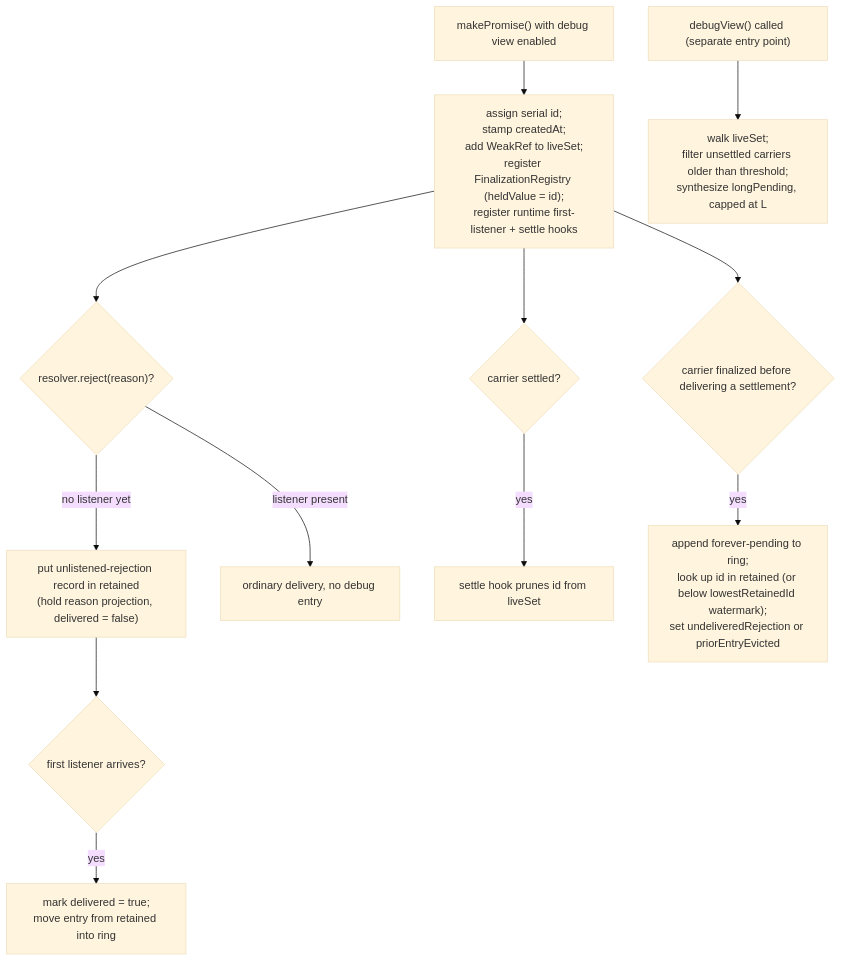
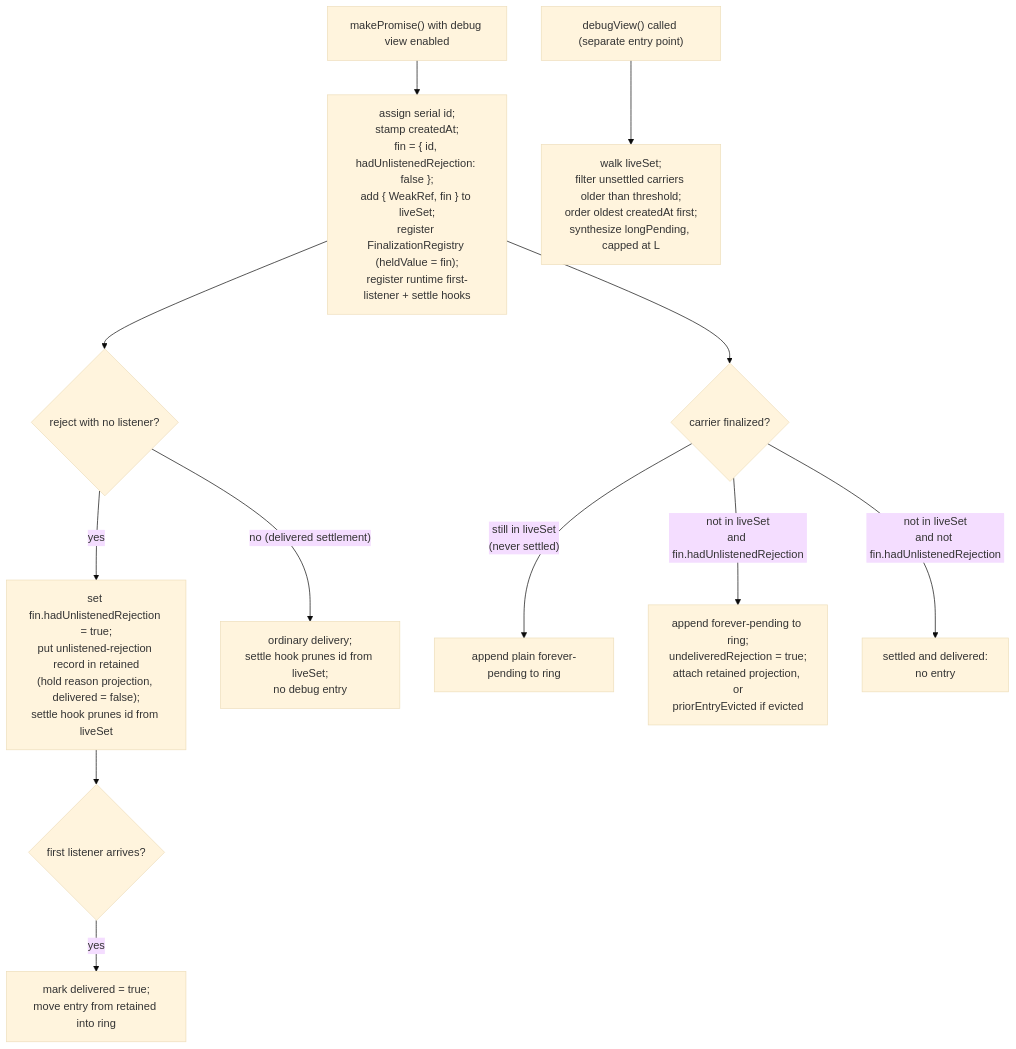
Before and after one commit to endojs/endo-but-for-bots: the diagram in designs/promise-debug-view.md, drawn with Mermaid (base theme). The commit also changed other lines of this file, not shown here.

First line of the commit message:
design(promise-debug-view): apply panel round-4 must-fix items

````diff
--- a/designs/promise-debug-view.md
+++ b/designs/promise-debug-view.md
@@ -337,15 +404,15 @@
 ```mermaid
 flowchart TD
-  MK["makePromise() with debug view enabled"] --> REG["assign serial id;<br/>stamp createdAt;<br/>add WeakRef to liveSet;<br/>register FinalizationRegistry (heldValue = id);<br/>register runtime first-listener + settle hooks"]
-  REG --> RJ{"resolver.reject(reason)?"}
-  RJ -->|"no listener yet"| UR["put unlistened-rejection record in retained<br/>(hold reason projection, delivered = false)"]
-  RJ -->|"listener present"| DONE["ordinary delivery, no debug entry"]
+  MK["makePromise() with debug view enabled"] --> REG["assign serial id;<br/>stamp createdAt;<br/>fin = { id, hadUnlistenedRejection: false };<br/>add { WeakRef, fin } to liveSet;<br/>register FinalizationRegistry (heldValue = fin);<br/>register runtime first-listener + settle hooks"]
+  REG --> RJ{"reject with no listener?"}
+  RJ -->|"yes"| UR["set fin.hadUnlistenedRejection = true;<br/>put unlistened-rejection record in retained<br/>(hold reason projection, delivered = false);<br/>settle hook prunes id from liveSet"]
+  RJ -->|"no (delivered settlement)"| DONE["ordinary delivery;<br/>settle hook prunes id from liveSet;<br/>no debug entry"]
   UR --> FS{"first listener arrives?"}
   FS -->|"yes"| MARK["mark delivered = true;<br/>move entry from retained into ring"]
-  REG --> SET{"carrier settled?"}
-  SET -->|"yes"| PRUNE["settle hook prunes id from liveSet"]
-  REG --> GC{"carrier finalized before delivering a settlement?"}
-  GC -->|"yes"| FP["append forever-pending to ring;<br/>look up id in retained (or below lowestRetainedId watermark);<br/>set undeliveredRejection or priorEntryEvicted"]
+  REG --> GC{"carrier finalized?"}
+  GC -->|"still in liveSet<br/>(never settled)"| FPN["append plain forever-pending to ring"]
+  GC -->|"not in liveSet<br/>and fin.hadUnlistenedRejection"| FPU["append forever-pending to ring;<br/>undeliveredRejection = true;<br/>attach retained projection, or<br/>priorEntryEvicted if evicted"]
+  GC -->|"not in liveSet<br/>and not fin.hadUnlistenedRejection"| NONE["settled and delivered:<br/>no entry"]
 
-  INSPECT["debugView() called (separate entry point)"] --> LP["walk liveSet;<br/>filter unsettled carriers older than threshold;<br/>synthesize longPending, capped at L"]
+  INSPECT["debugView() called (separate entry point)"] --> LP["walk liveSet;<br/>filter unsettled carriers older than threshold;<br/>order oldest createdAt first;<br/>synthesize longPending, capped at L"]
 ```
````
